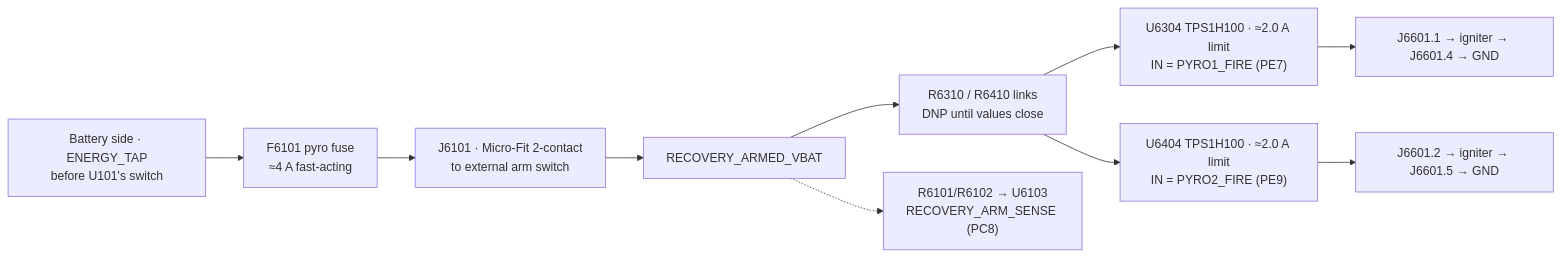
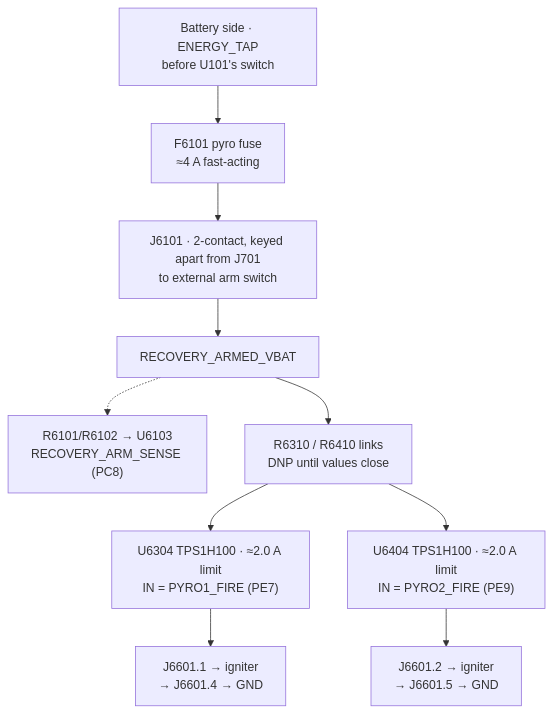
One commit to ULAS-HiPR/Ogma2 changed the diagram in docs/architecture/03-energetic-outputs.md. Above: the diagram before and after it, drawn with Mermaid. The commit also changed other lines of this file and 25 other files, not shown here.

````diff
--- a/docs/architecture/03-energetic-outputs.md
+++ b/docs/architecture/03-energetic-outputs.md
@@ -9,19 +9,21 @@
 ```mermaid
-flowchart LR
+flowchart TB
   B["Battery side · ENERGY_TAP
 before U101's switch"] --> F["F6101 pyro fuse
 ≈4 A fast-acting"]
-  F --> J["J6101 · Micro-Fit 2-contact
+  F --> J["J6101 · 2-contact, keyed apart from J701
 to external arm switch"]
   J --> A["RECOVERY_ARMED_VBAT"]
+  A -.-> S["R6101/R6102 → U6103
+RECOVERY_ARM_SENSE (PC8)"]
   A --> L["R6310 / R6410 links
 DNP until values close"]
   L --> H1["U6304 TPS1H100 · ≈2.0 A limit
 IN = PYRO1_FIRE (PE7)"]
   L --> H2["U6404 TPS1H100 · ≈2.0 A limit
 IN = PYRO2_FIRE (PE9)"]
-  H1 --> O1["J6601.1 → igniter → J6601.4 → GND"]
-  H2 --> O2["J6601.2 → igniter → J6601.5 → GND"]
-  A -.-> S["R6101/R6102 → U6103
-RECOVERY_ARM_SENSE (PC8)"]
+  H1 --> O1["J6601.1 → igniter
+→ J6601.4 → GND"]
+  H2 --> O2["J6601.2 → igniter
+→ J6601.5 → GND"]
 ```
````
